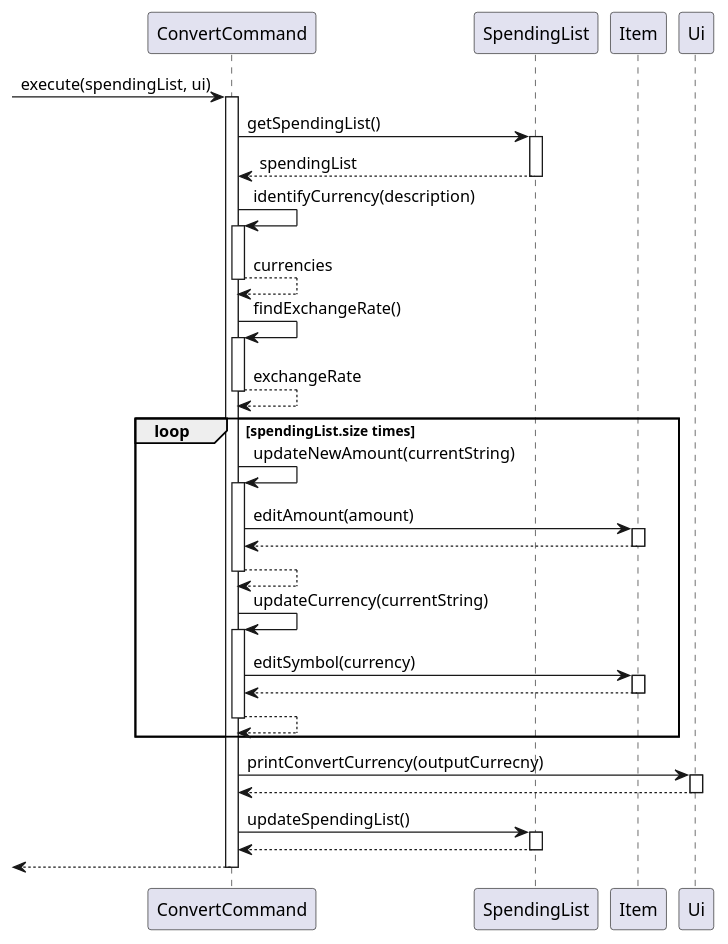
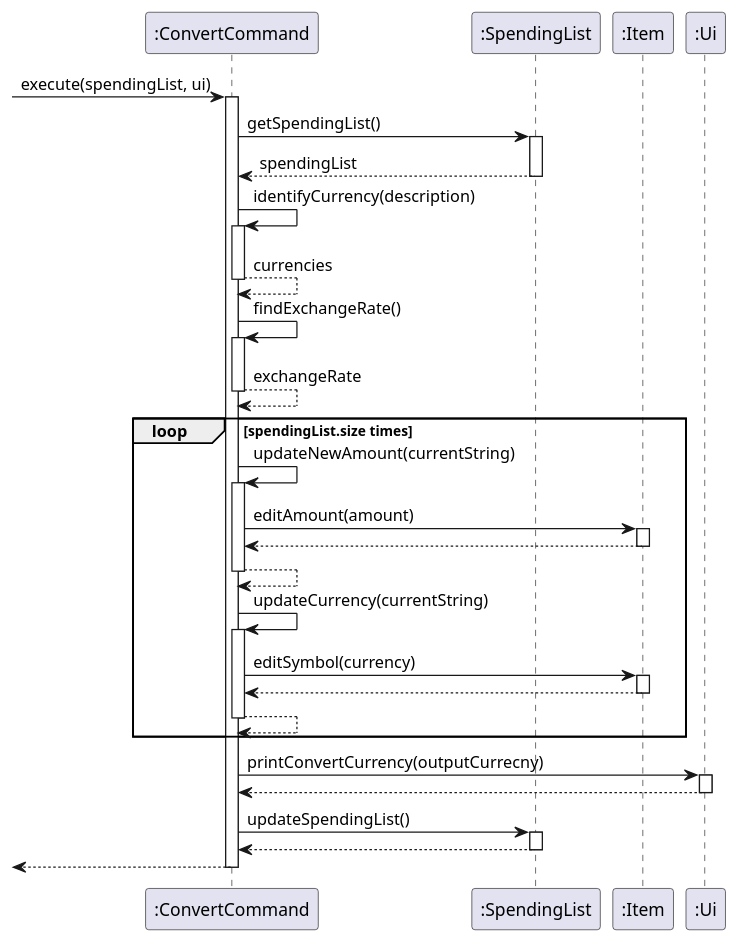
One commit to xieyaoyue/tp changed the diagram in src/uml/ConvertCommand.puml. Above: the diagram before and after it, drawn with PlantUML. The commit also changed 7 other files, not shown here.

Commit message:
Update minor errors in UML diagrams

```diff
--- a/src/uml/ConvertCommand.puml
+++ b/src/uml/ConvertCommand.puml
@@ -1,44 +1,44 @@
 @startuml
-->ConvertCommand:execute(spendingList, ui)
-activate ConvertCommand
-ConvertCommand->SpendingList:getSpendingList()
-activate SpendingList
-SpendingList-->ConvertCommand:spendingList
-deactivate SpendingList
-ConvertCommand->ConvertCommand:identifyCurrency(description)
-activate ConvertCommand
-ConvertCommand-->ConvertCommand:currencies
-deactivate ConvertCommand
-ConvertCommand->ConvertCommand:findExchangeRate()
-activate ConvertCommand
-ConvertCommand-->ConvertCommand:exchangeRate
-deactivate ConvertCommand
+->":ConvertCommand":execute(spendingList, ui)
+activate ":ConvertCommand"
+":ConvertCommand"->":SpendingList":getSpendingList()
+activate ":SpendingList"
+":SpendingList"-->":ConvertCommand":spendingList
+deactivate ":SpendingList"
+":ConvertCommand"->":ConvertCommand":identifyCurrency(description)
+activate ":ConvertCommand"
+":ConvertCommand"-->":ConvertCommand":currencies
+deactivate ":ConvertCommand"
+":ConvertCommand"->":ConvertCommand":findExchangeRate()
+activate ":ConvertCommand"
+":ConvertCommand"-->":ConvertCommand":exchangeRate
+deactivate ":ConvertCommand"
 loop spendingList.size times
-ConvertCommand->ConvertCommand:updateNewAmount(currentString)
-activate ConvertCommand
-ConvertCommand->Item:editAmount(amount)
-activate Item
-Item-->ConvertCommand:
-deactivate Item
-ConvertCommand-->ConvertCommand:
-deactivate ConvertCommand
-ConvertCommand->ConvertCommand:updateCurrency(currentString)
-activate ConvertCommand
-ConvertCommand->Item:editSymbol(currency)
-activate Item
-Item-->ConvertCommand:
-deactivate Item
-ConvertCommand-->ConvertCommand:
-deactivate ConvertCommand
+":ConvertCommand"->":ConvertCommand":updateNewAmount(currentString)
+activate ":ConvertCommand"
+":ConvertCommand"->":Item":editAmount(amount)
+activate ":Item"
+":Item"-->":ConvertCommand":
+deactivate ":Item"
+":ConvertCommand"-->":ConvertCommand":
+deactivate ":ConvertCommand"
+":ConvertCommand"->":ConvertCommand":updateCurrency(currentString)
+activate ":ConvertCommand"
+":ConvertCommand"->":Item":editSymbol(currency)
+activate ":Item"
+":Item"-->":ConvertCommand":
+deactivate ":Item"
+":ConvertCommand"-->":ConvertCommand":
+deactivate ":ConvertCommand"
 end
-ConvertCommand->Ui:printConvertCurrency(outputCurrecny)
-activate Ui
-Ui-->ConvertCommand:
-deactivate Ui
-ConvertCommand->SpendingList:updateSpendingList()
-activate SpendingList
-SpendingList-->ConvertCommand:
-deactivate SpendingList
-<--ConvertCommand
-deactivate ConvertCommand
+":ConvertCommand"->":Ui":printConvertCurrency(outputCurrecny)
+activate ":Ui"
+":Ui"-->":ConvertCommand":
+deactivate ":Ui"
+":ConvertCommand"->":SpendingList":updateSpendingList()
+activate ":SpendingList"
+":SpendingList"-->":ConvertCommand":
+deactivate ":SpendingList"
+<--":ConvertCommand"
+deactivate ":ConvertCommand"
 @enduml
```
